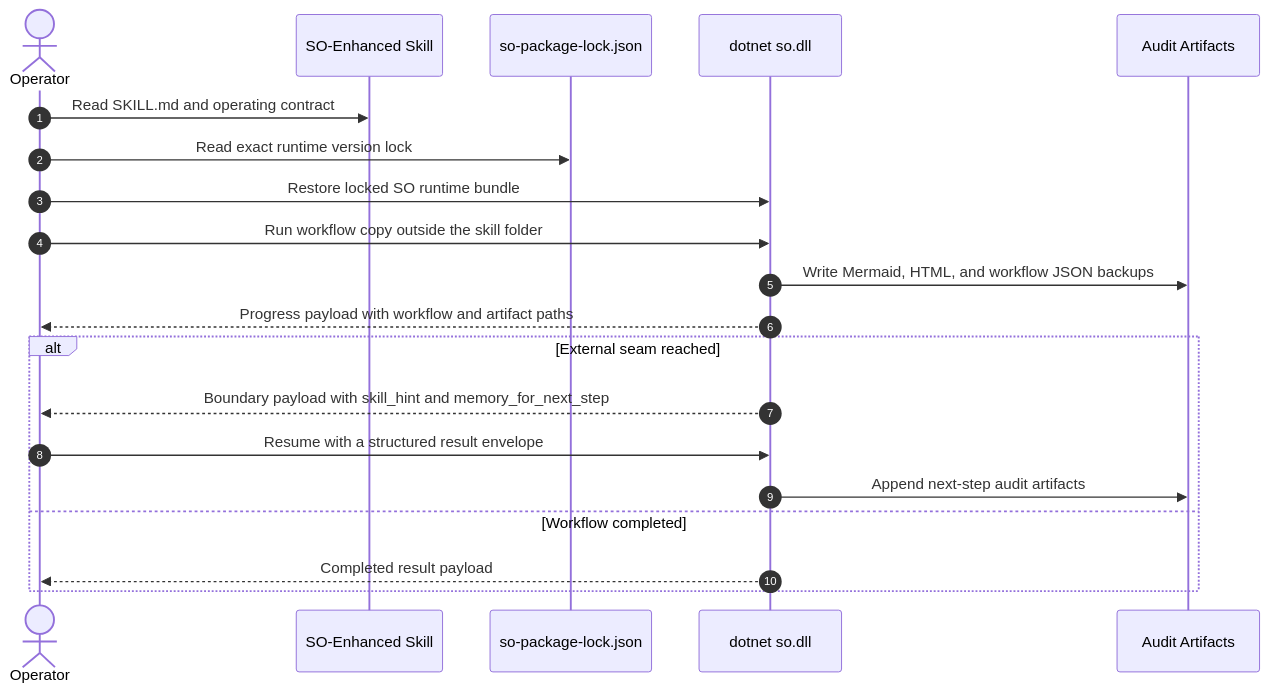
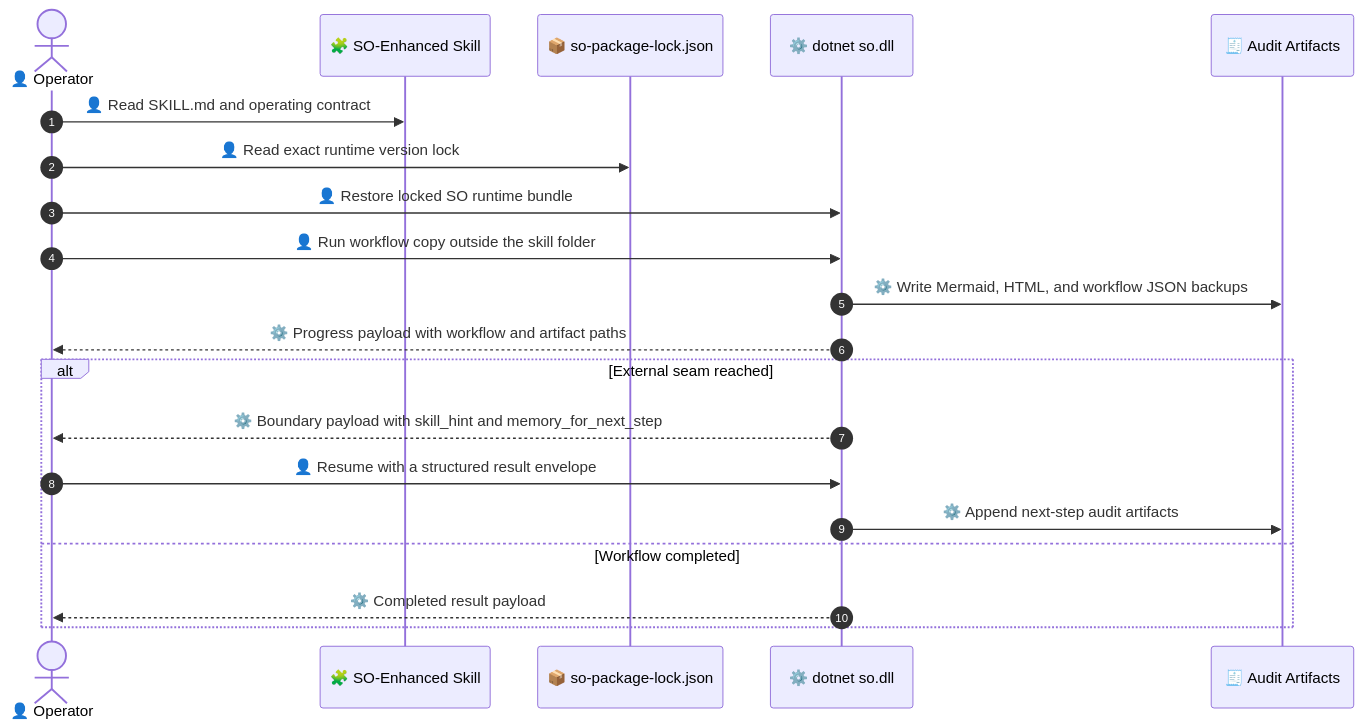
One commit to waynebaby/Techne-Loom changed the first of 2 diagrams in README.md. Above: the diagram before and after it, drawn with Mermaid. The commit also changed other lines of this file and 19 other files, not shown here.

Commit message:
Standardize Mermaid accessibility across docs

````diff
--- a/README.md
+++ b/README.md
@@ -200,23 +201,23 @@
 ```mermaid
 sequenceDiagram
     autonumber
-    actor Operator
-    participant Skill as SO-Enhanced Skill
-    participant Lock as so-package-lock.json
-    participant Runtime as dotnet so.dll
-    participant Audit as Audit Artifacts
+    actor Operator as 👤 Operator
+    participant Skill as 🧩 SO-Enhanced Skill
+    participant Lock as 📦 so-package-lock.json
+    participant Runtime as ⚙️ dotnet so.dll
+    participant Audit as 🧾 Audit Artifacts
 
-    Operator->>Skill: Read SKILL.md and operating contract
-    Operator->>Lock: Read exact runtime version lock
-    Operator->>Runtime: Restore locked SO runtime bundle
-    Operator->>Runtime: Run workflow copy outside the skill folder
-    Runtime->>Audit: Write Mermaid, HTML, and workflow JSON backups
-    Runtime-->>Operator: Progress payload with workflow and artifact paths
+    Operator->>Skill: 👤 Read SKILL.md and operating contract
+    Operator->>Lock: 👤 Read exact runtime version lock
+    Operator->>Runtime: 👤 Restore locked SO runtime bundle
+    Operator->>Runtime: 👤 Run workflow copy outside the skill folder
+    Runtime->>Audit: ⚙️ Write Mermaid, HTML, and workflow JSON backups
+    Runtime-->>Operator: ⚙️ Progress payload with workflow and artifact paths
     alt External seam reached
-        Runtime-->>Operator: Boundary payload with skill_hint and memory_for_next_step
-        Operator->>Runtime: Resume with a structured result envelope
-        Runtime->>Audit: Append next-step audit artifacts
+        Runtime-->>Operator: ⚙️ Boundary payload with skill_hint and memory_for_next_step
+        Operator->>Runtime: 👤 Resume with a structured result envelope
+        Runtime->>Audit: ⚙️ Append next-step audit artifacts
     else Workflow completed
-        Runtime-->>Operator: Completed result payload
+        Runtime-->>Operator: ⚙️ Completed result payload
     end
 ```
````
